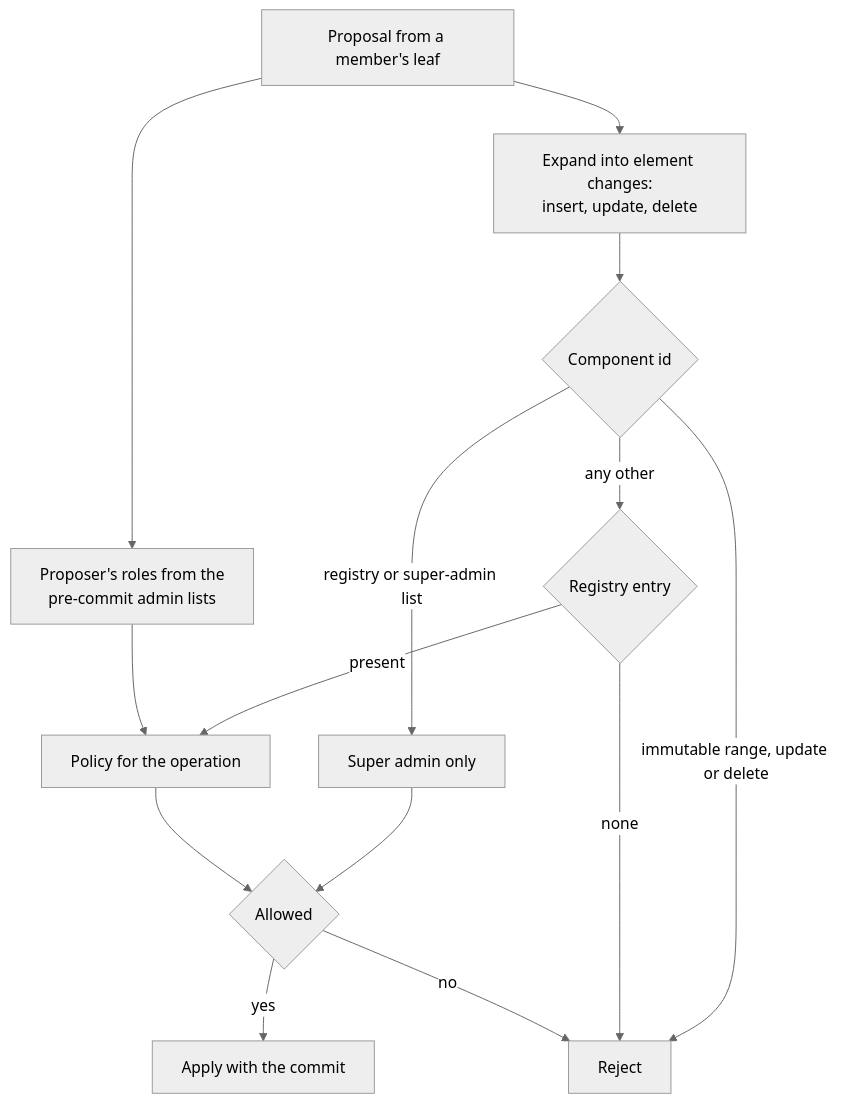
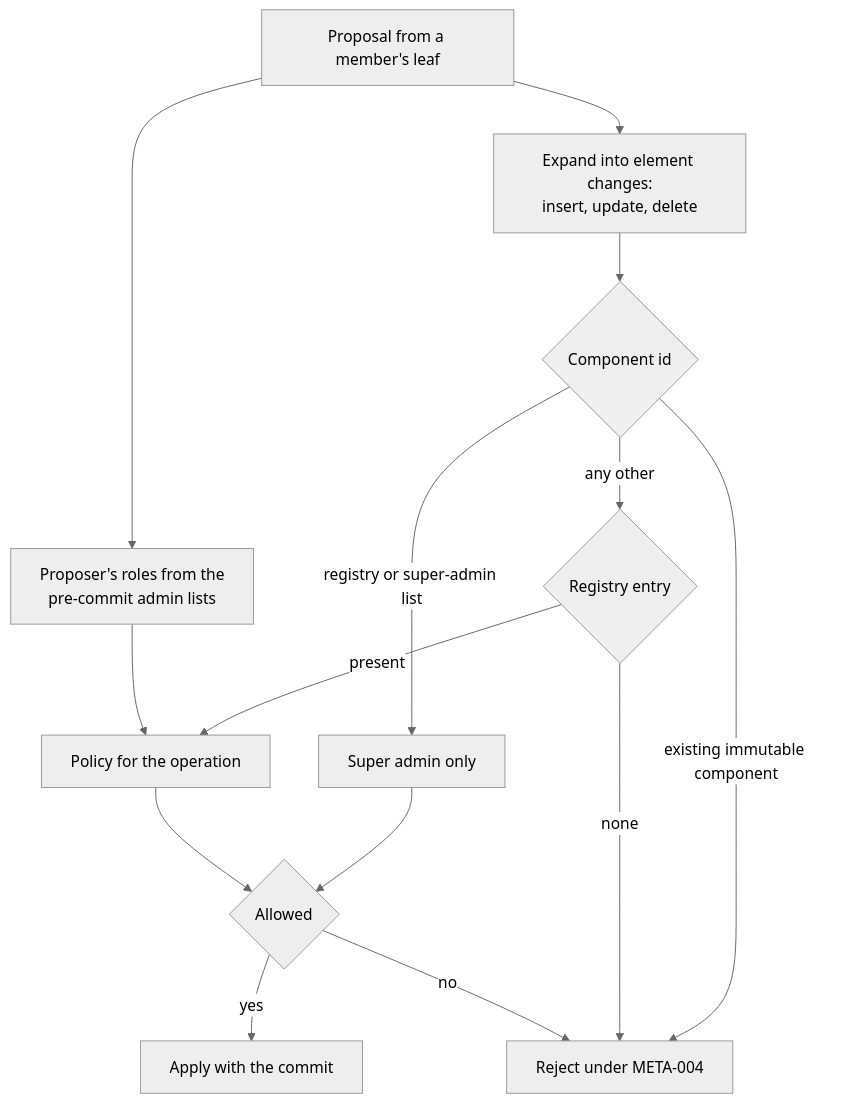
The diagram in docs/specs/PERM-group-permissions.md (xmtp/libxmtp), drawn with Mermaid (neutral theme) before and after one commit. The commit also changed other lines of this file and 8 other files, not shown here.

````diff
--- a/docs/specs/PERM-group-permissions.md
+++ b/docs/specs/PERM-group-permissions.md
@@ -11,16 +11,16 @@
 ```mermaid
 flowchart TD
   P[Proposal from a member's leaf] --> R[Proposer's roles from the<br/>pre-commit admin lists]
   P --> E[Expand into element changes:<br/>insert, update, delete]
   E --> C{Component id}
   C -->|registry or super-admin list| H[Super admin only]
-  C -->|immutable range, update or delete| X[Reject]
+  C -->|existing immutable component| X[Reject under META-004]
   C -->|any other| L{Registry entry}
   L -->|none| X
   L -->|present| Q[Policy for the operation]
   R --> Q
   H --> D{Allowed}
   Q --> D
   D -->|yes| A[Apply with the commit]
   D -->|no| X
 ```
````
